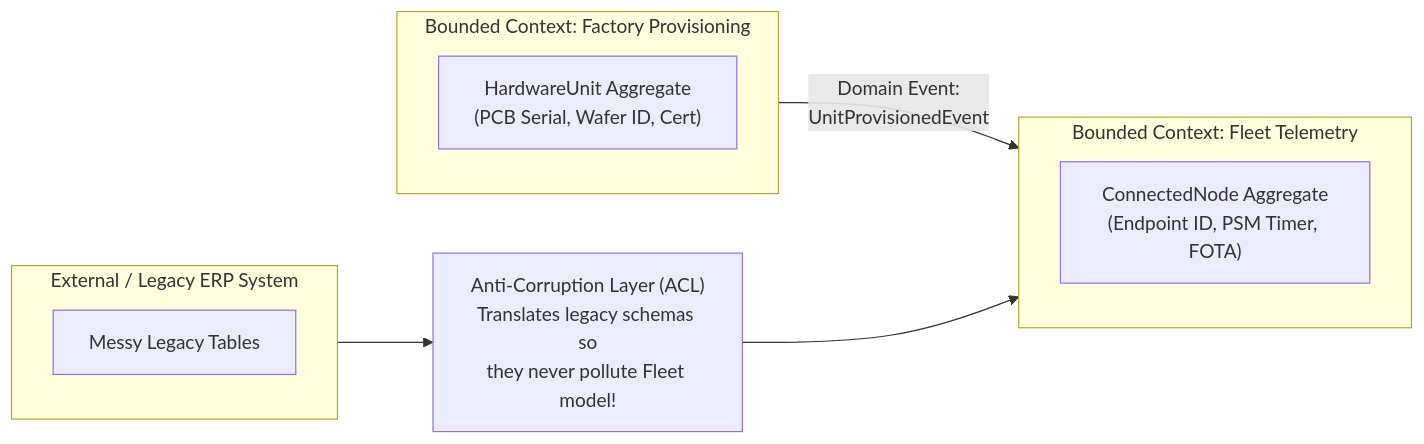
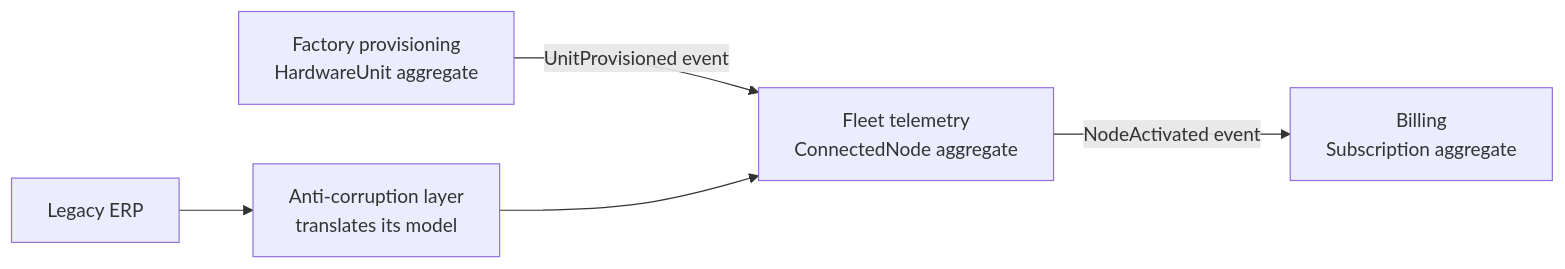
Before and after one commit to markbac/posters: the first of 2 diagrams in posters/software/architecture/domain-driven-design.md, drawn with Mermaid. The commit also changed other lines of this file and 57 other files, not shown here.

````diff
--- a/posters/software/architecture/domain-driven-design.md
+++ b/posters/software/architecture/domain-driven-design.md
@@ -45,15 +45,6 @@
 ```mermaid
 flowchart LR
-  subgraph Mfg ["Bounded Context: Factory Provisioning"]
-    MModel["HardwareUnit Aggregate\n(PCB Serial, Wafer ID, Cert)"]
-  end
-  subgraph Fleet ["Bounded Context: Fleet Telemetry"]
-    FModel["ConnectedNode Aggregate\n(Endpoint ID, PSM Timer, FOTA)"]
-  end
-  subgraph Legacy ["External / Legacy ERP System"]
-    ERP["Messy Legacy Tables"]
-  end
-  Mfg -- "Domain Event:\nUnitProvisionedEvent" --> Fleet
-  Legacy --> ACL["Anti-Corruption Layer (ACL)\nTranslates legacy schemas so\nthey never pollute Fleet model!"]
-  ACL --> Fleet
+  Mfg["Factory provisioning<br/>HardwareUnit aggregate"] -- "UnitProvisioned event" --> Fleet["Fleet telemetry<br/>ConnectedNode aggregate"]
+  ERP["Legacy ERP"] --> ACL["Anti-corruption layer<br/>translates its model"] --> Fleet
+  Fleet -- "NodeActivated event" --> Bill["Billing<br/>Subscription aggregate"]
 ```
````
